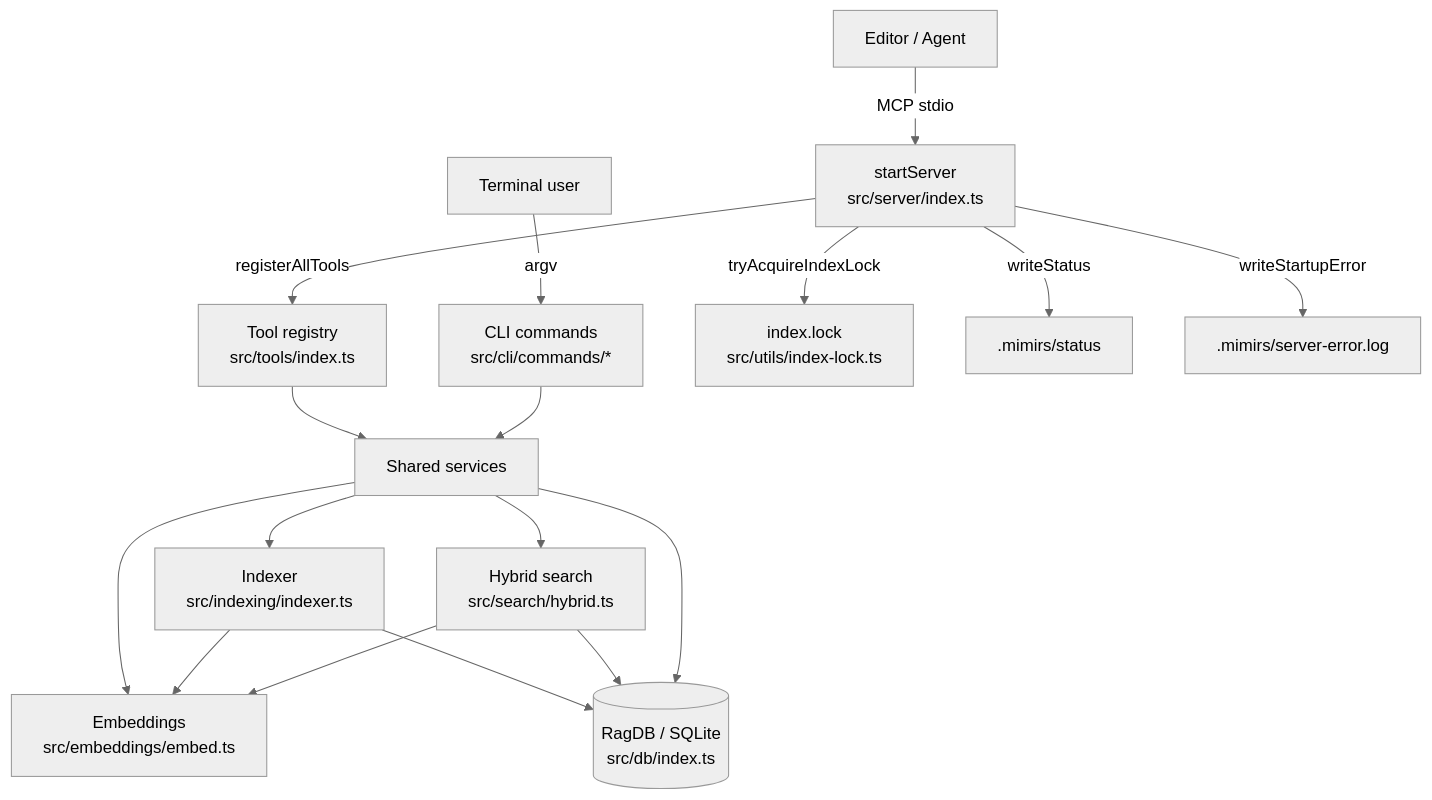
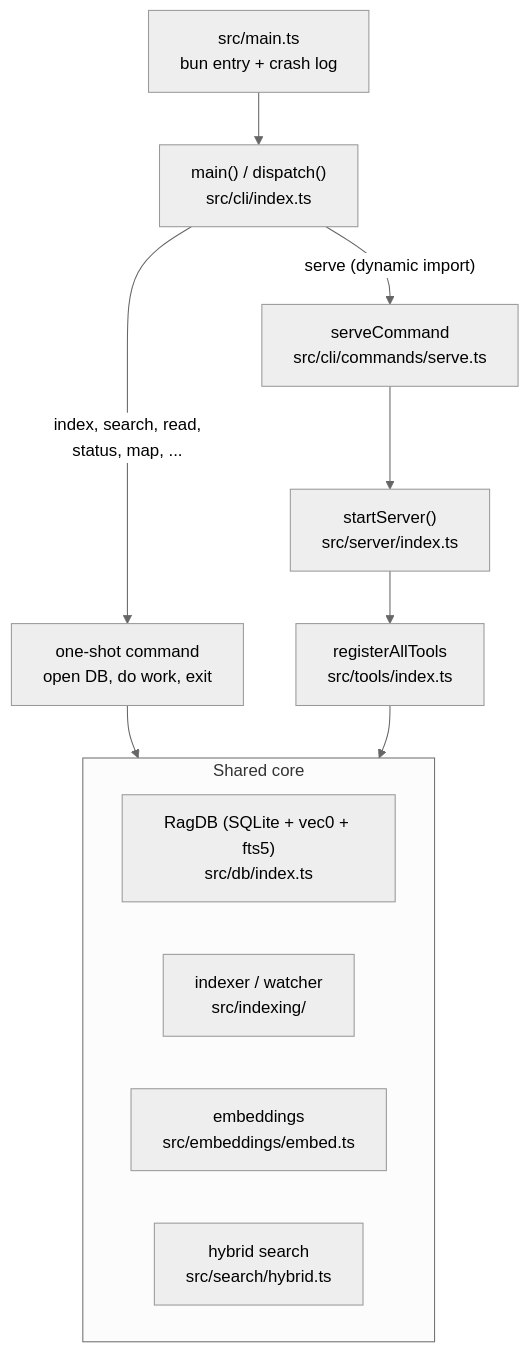
The diagram in wiki/architecture.md (TheWinci/mimirs), drawn with Mermaid (neutral theme) before and after one commit. The commit also changed other lines of this file and 51 other files, not shown here.

````diff
--- a/wiki/architecture.md
+++ b/wiki/architecture.md
@@ -11,19 +11,18 @@
 ```mermaid
-graph TD
-  editor[Editor / Agent] -->|MCP stdio| srv[startServer<br>src/server/index.ts]
-  human[Terminal user] -->|argv| cli[CLI commands<br>src/cli/commands/*]
-  srv -->|registerAllTools| reg[Tool registry<br>src/tools/index.ts]
-  reg --> svc[Shared services]
-  cli --> svc
-  svc --> idx[Indexer<br>src/indexing/indexer.ts]
-  svc --> hyb[Hybrid search<br>src/search/hybrid.ts]
-  svc --> emb[Embeddings<br>src/embeddings/embed.ts]
-  idx --> emb
-  hyb --> emb
-  idx --> db[(RagDB / SQLite<br>src/db/index.ts)]
-  hyb --> db
-  svc --> db
-  srv -->|tryAcquireIndexLock| lock[index.lock<br>src/utils/index-lock.ts]
-  srv -->|writeStatus| statusfile[.mimirs/status]
-  srv -->|writeStartupError| errlog[.mimirs/server-error.log]
+flowchart TD
+  bin["src/main.ts<br>bun entry + crash log"] --> cliMain["main() / dispatch()<br>src/cli/index.ts"]
+  cliMain -->|"index, search, read,<br>status, map, ..."| oneshot["one-shot command<br>open DB, do work, exit"]
+  cliMain -->|"serve (dynamic import)"| serveCmd["serveCommand<br>src/cli/commands/serve.ts"]
+  serveCmd --> startSrv["startServer()<br>src/server/index.ts"]
+
+  oneshot --> core
+  startSrv --> tools["registerAllTools<br>src/tools/index.ts"]
+  tools --> core
+
+  subgraph core["Shared core"]
+    ragdb["RagDB (SQLite + vec0 + fts5)<br>src/db/index.ts"]
+    indexer["indexer / watcher<br>src/indexing/"]
+    embed["embeddings<br>src/embeddings/embed.ts"]
+    hybrid["hybrid search<br>src/search/hybrid.ts"]
+  end
 ```
````
